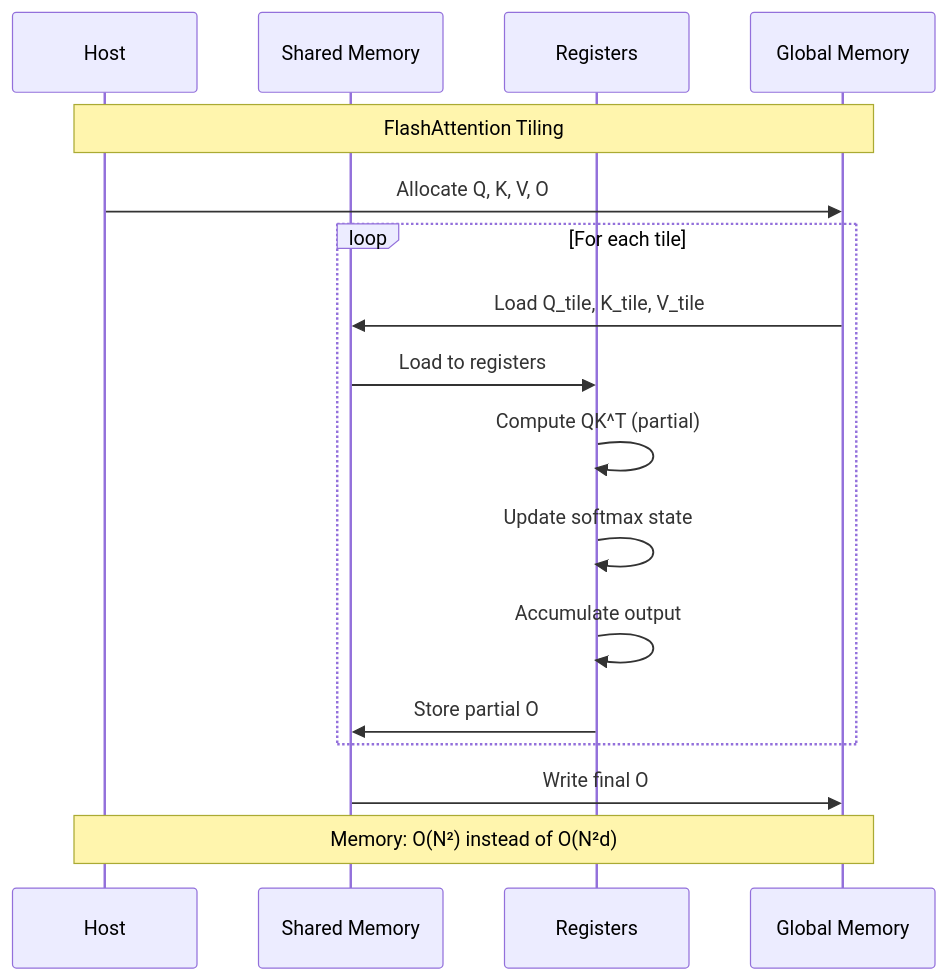
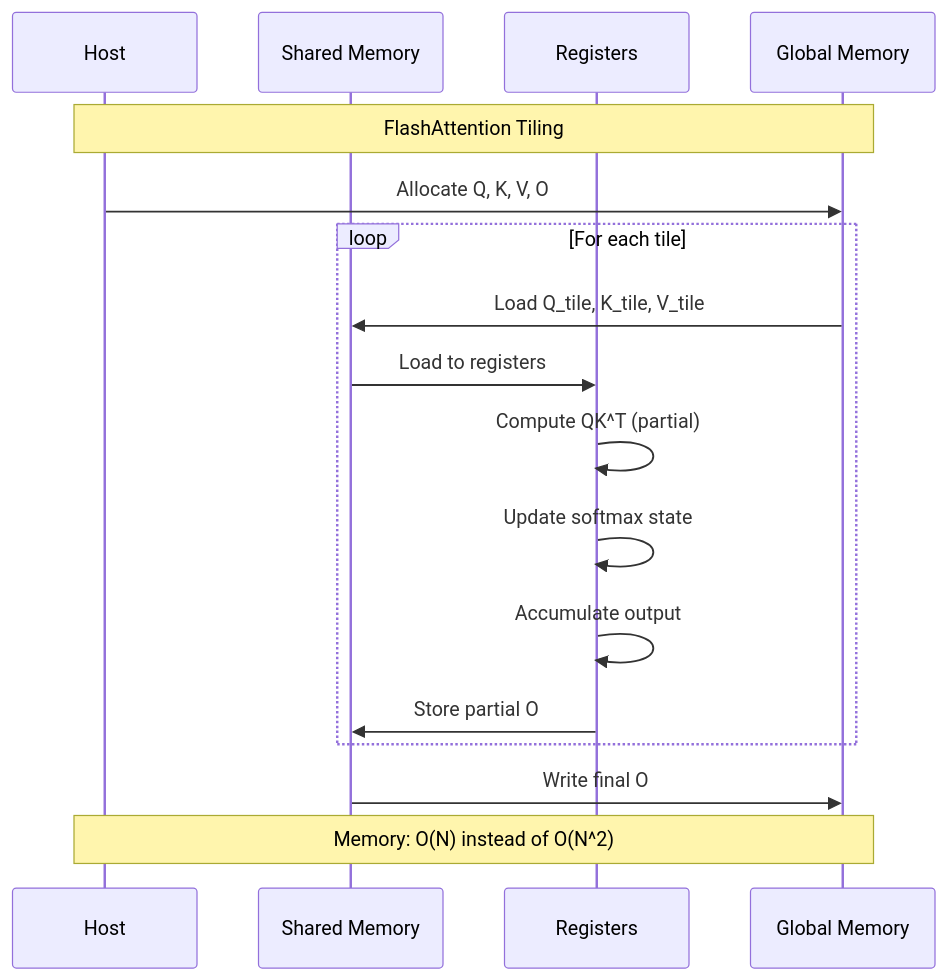
The third of 5 diagrams in docs/en/whitepaper/architecture.md (LessUp/modern-ai-kernels), drawn with Mermaid before and after one commit. The commit also changed other lines of this file and 47 other files, not shown here.

````diff
--- a/docs/en/whitepaper/architecture.md
+++ b/docs/en/whitepaper/architecture.md
@@ -135,22 +128,22 @@
 ```mermaid
 sequenceDiagram
     participant Host as Host
     participant SRAM as Shared Memory
     participant Reg as Registers
     participant DRAM as Global Memory
 
     Note over Host,DRAM: FlashAttention Tiling
 
     Host->>DRAM: Allocate Q, K, V, O
     loop For each tile
         DRAM->>SRAM: Load Q_tile, K_tile, V_tile
         SRAM->>Reg: Load to registers
         Reg->>Reg: Compute QK^T (partial)
         Reg->>Reg: Update softmax state
         Reg->>Reg: Accumulate output
         Reg->>SRAM: Store partial O
     end
     SRAM->>DRAM: Write final O
 
-    Note over Host,DRAM: Memory: O(N²) instead of O(N²d)
+    Note over Host,DRAM: Memory: O(N) instead of O(N^2)
 ```
````
